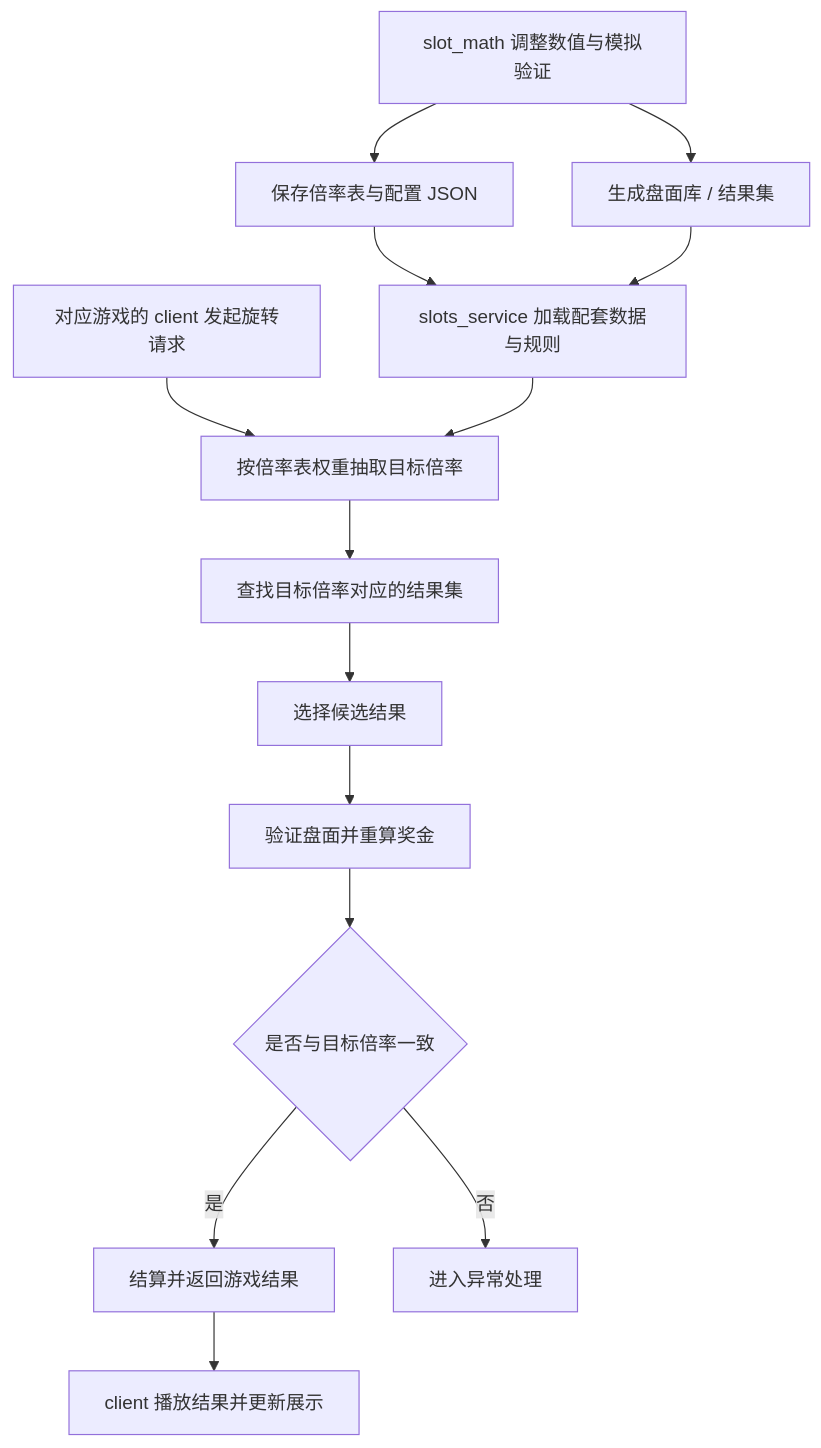
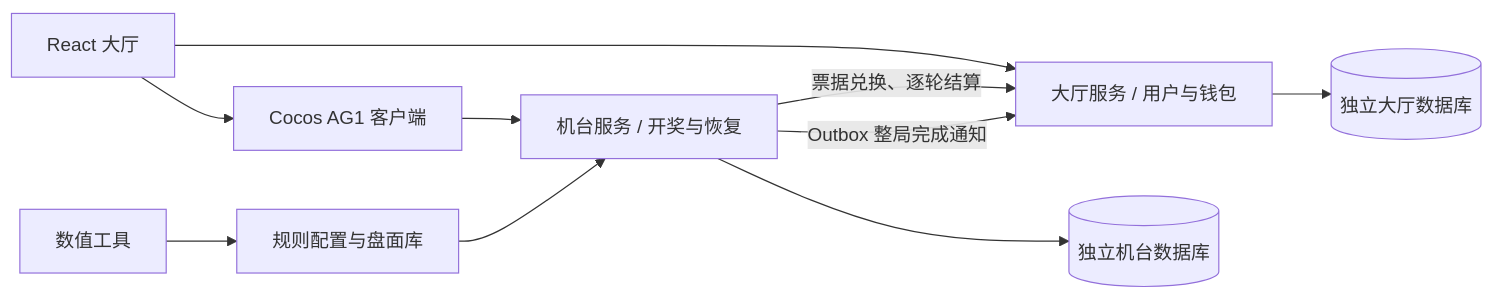
Before and after one commit to tucker1019/aislots: the diagram in README.md, drawn with Mermaid. The commit also changed other lines of this file, not shown here.

````diff
--- a/README.md
+++ b/README.md
@@ -51,16 +31,12 @@
 ```mermaid
-flowchart TD
-    A[slot_math 调整数值与模拟验证] --> B[保存倍率表与配置 JSON]
-    A --> C[生成盘面库 / 结果集]
-    B --> D[slots_service 加载配套数据与规则]
-    C --> D
-    E[对应游戏的 client 发起旋转请求] --> F[按倍率表权重抽取目标倍率]
-    D --> F
-    F --> G[查找目标倍率对应的结果集]
-    G --> H[选择候选结果]
-    H --> I[验证盘面并重算奖金]
-    I --> J{是否与目标倍率一致}
-    J -->|是| K[结算并返回游戏结果]
-    J -->|否| L[进入异常处理]
-    K --> M[client 播放结果并更新展示]
+flowchart LR
+    A[React 大厅] --> B[大厅服务 / 用户与钱包]
+    A --> C[Cocos AG1 客户端]
+    C --> D[机台服务 / 开奖与恢复]
+    D -->|票据兑换、逐轮结算| B
+    D -->|Outbox 整局完成通知| B
+    B --> E[(独立大厅数据库)]
+    D --> F[(独立机台数据库)]
+    G[数值工具] --> H[规则配置与盘面库]
+    H --> D
 ```
````
